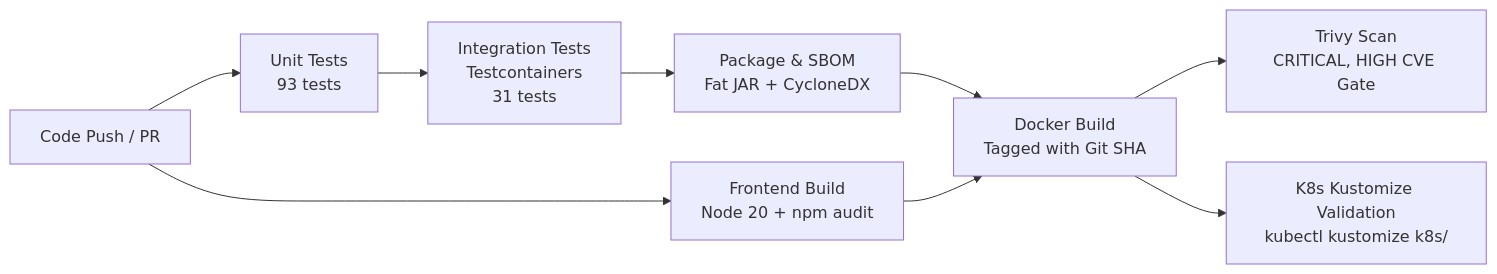
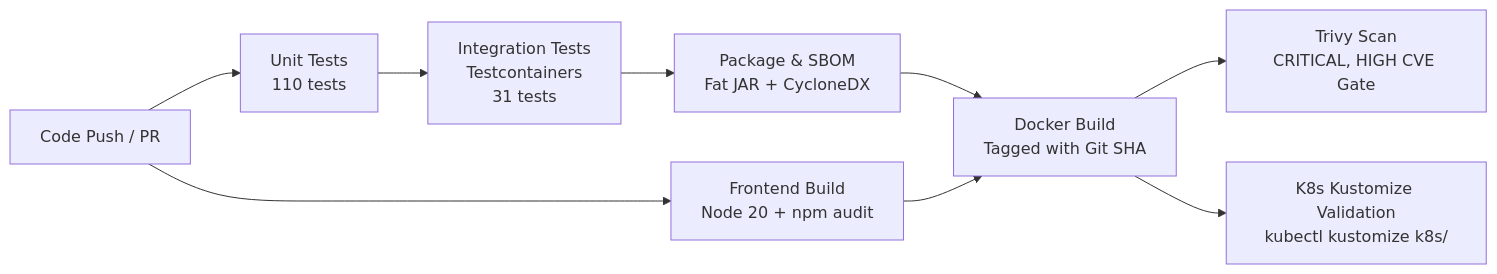
One commit to Sajini3655/Flowforge changed the fourth of 4 diagrams in README.md. Above: the diagram before and after it, drawn with Mermaid. The commit also changed other lines of this file and 16 other files, not shown here.

Commit message:
Complete FlowForge API management and distributed workflow platform

````diff
--- a/README.md
+++ b/README.md
@@ -281,10 +300,10 @@
 ```mermaid
 flowchart LR
-    A[Code Push / PR] --> B[Unit Tests\n93 tests]
+    A[Code Push / PR] --> B[Unit Tests\n110 tests]
     B --> C[Integration Tests\nTestcontainers\n31 tests]
     C --> D[Package & SBOM\nFat JAR + CycloneDX]
     A --> E[Frontend Build\nNode 20 + npm audit]
     D & E --> F[Docker Build\nTagged with Git SHA]
     F --> G[Trivy Scan\nCRITICAL, HIGH CVE Gate]
     F --> H[K8s Kustomize Validation\nkubectl kustomize k8s/]
 ```
````
